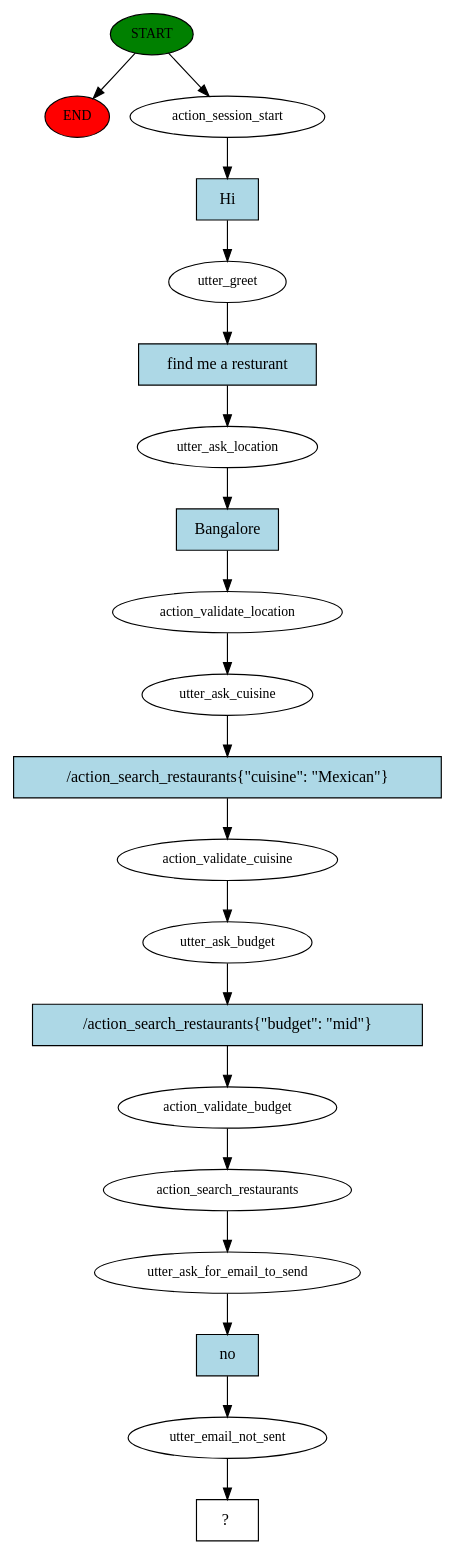
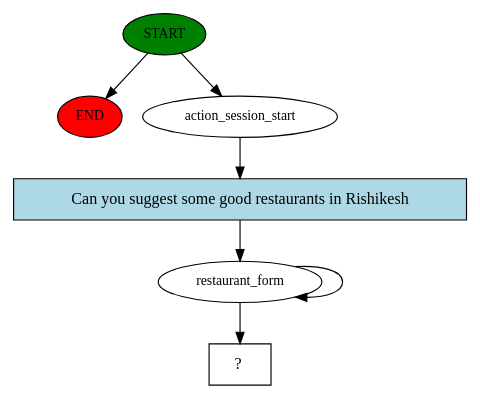
The diagram in story_graph.dot (Ankursrivastavaaa/ChatBot), drawn with Graphviz before and after one commit. The commit also changed 31 other files, not shown here.

Commit message:
Form Validation for location

```diff
--- a/story_graph.dot
+++ b/story_graph.dot
@@ -1,41 +1,14 @@
 digraph  {
 0 [class="start active", fillcolor=green, fontsize=12, label=START, style=filled];
 "-1" [class=end, fillcolor=red, fontsize=12, label=END, style=filled];
 1 [class=active, fontsize=12, label=action_session_start];
-2 [class=active, fontsize=12, label=utter_greet];
-3 [class=active, fontsize=12, label=utter_ask_location];
-4 [class=active, fontsize=12, label=action_validate_location];
-5 [class=active, fontsize=12, label=utter_ask_cuisine];
-6 [class=active, fontsize=12, label=action_validate_cuisine];
-7 [class=active, fontsize=12, label=utter_ask_budget];
-8 [class=active, fontsize=12, label=action_validate_budget];
-9 [class=active, fontsize=12, label=action_search_restaurants];
-10 [class=active, fontsize=12, label=utter_ask_for_email_to_send];
-11 [class=active, fontsize=12, label=utter_email_not_sent];
-12 [class="intent dashed active", label="  ?  ", shape=rect];
-13 [class="intent active", fillcolor=lightblue, label=Hi, shape=rect, style=filled];
-14 [class="intent active", fillcolor=lightblue, label="find me a resturant", shape=rect, style=filled];
-15 [class="intent active", fillcolor=lightblue, label=Bangalore, shape=rect, style=filled];
-16 [class="intent active", fillcolor=lightblue, label="/action_search_restaurants{\"cuisine\": \"Mexican\"}", shape=rect, style=filled];
-17 [class="intent active", fillcolor=lightblue, label="/action_search_restaurants{\"budget\": \"mid\"}", shape=rect, style=filled];
-18 [class="intent active", fillcolor=lightblue, label=no, shape=rect, style=filled];
+2 [class=active, fontsize=12, label=restaurant_form];
+4 [class="intent dashed active", label="  ?  ", shape=rect];
+5 [class="intent active", fillcolor=lightblue, label="Can you suggest some good restaurants in Rishikesh", shape=rect, style=filled];
 0 -> "-1"  [class="", key=NONE, label=""];
 0 -> 1  [class=active, key=NONE, label=""];
-1 -> 13  [class=active, key=0];
-2 -> 14  [class=active, key=0];
-3 -> 15  [class=active, key=0];
-4 -> 5  [class=active, key=NONE, label=""];
-5 -> 16  [class=active, key=0];
-6 -> 7  [class=active, key=NONE, label=""];
-7 -> 17  [class=active, key=0];
-8 -> 9  [class=active, key=NONE, label=""];
-9 -> 10  [class=active, key=NONE, label=""];
-10 -> 18  [class=active, key=0];
-11 -> 12  [class=active, key=NONE, label=""];
-13 -> 2  [class=active, key=0];
-14 -> 3  [class=active, key=0];
-15 -> 4  [class=active, key=0];
-16 -> 6  [class=active, key=0];
-17 -> 8  [class=active, key=0];
-18 -> 11  [class=active, key=0];
+1 -> 5  [class=active, key=0];
+2 -> 4  [class=active, key=NONE, label=""];
+2 -> 2  [class=active, key=NONE, label=""];
+5 -> 2  [class=active, key=0];
 }
```
